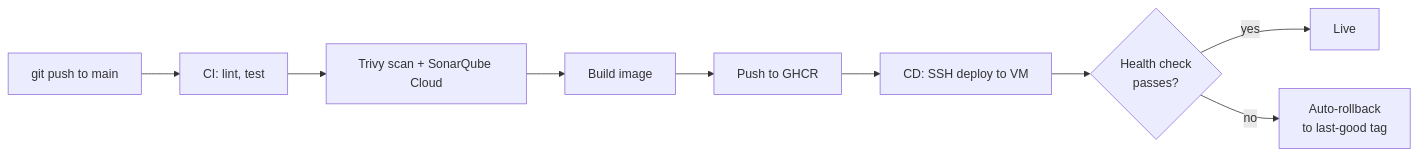
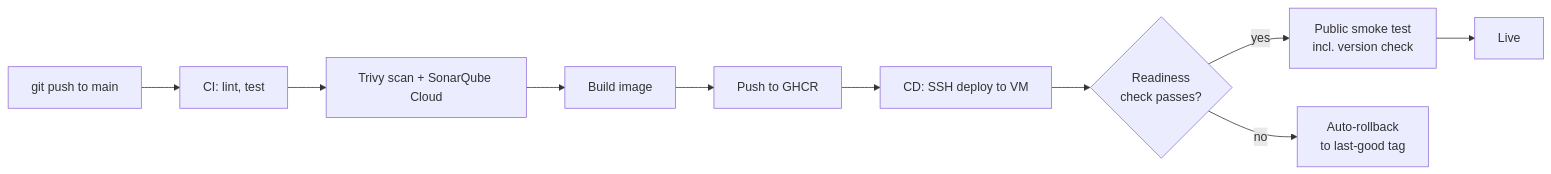
The second of 2 diagrams in README.md (E-Vanika/solo-sre-project), drawn with Mermaid before and after one commit. The commit also changed other lines of this file, not shown here.

````diff
--- a/README.md
+++ b/README.md
@@ -46,11 +48,12 @@
 ```mermaid
 flowchart LR
     A[git push to main] --> B[CI: lint, test]
     B --> C[Trivy scan + SonarQube Cloud]
     C --> D[Build image]
     D --> E[Push to GHCR]
     E --> F[CD: SSH deploy to VM]
-    F --> G{Health check<br/>passes?}
-    G -->|yes| H[Live]
+    F --> G{Readiness<br/>check passes?}
+    G -->|yes| H[Public smoke test<br/>incl. version check]
     G -->|no| I[Auto-rollback<br/>to last-good tag]
+    H --> J[Live]
 ```
````
